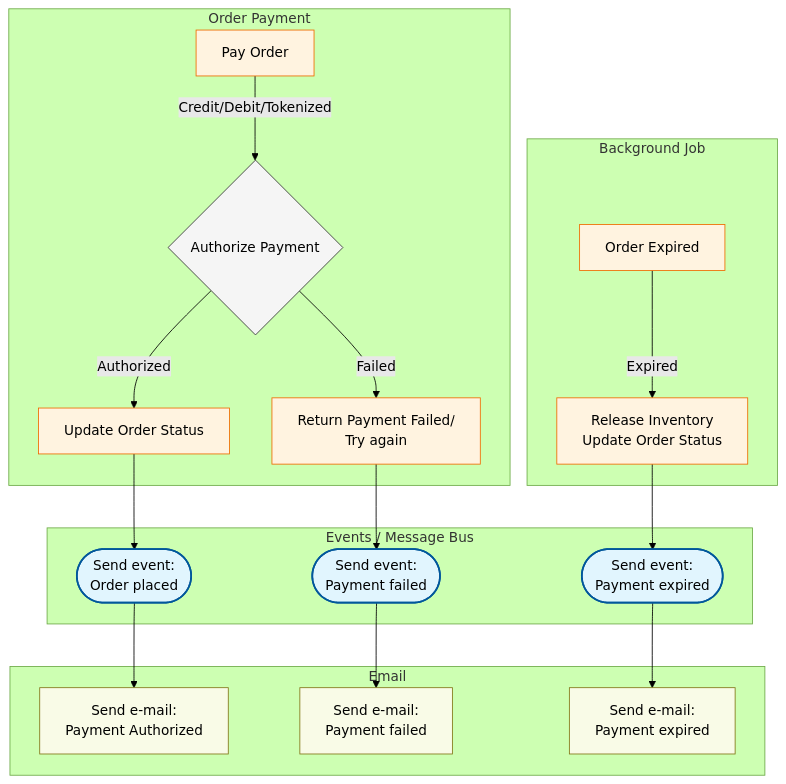
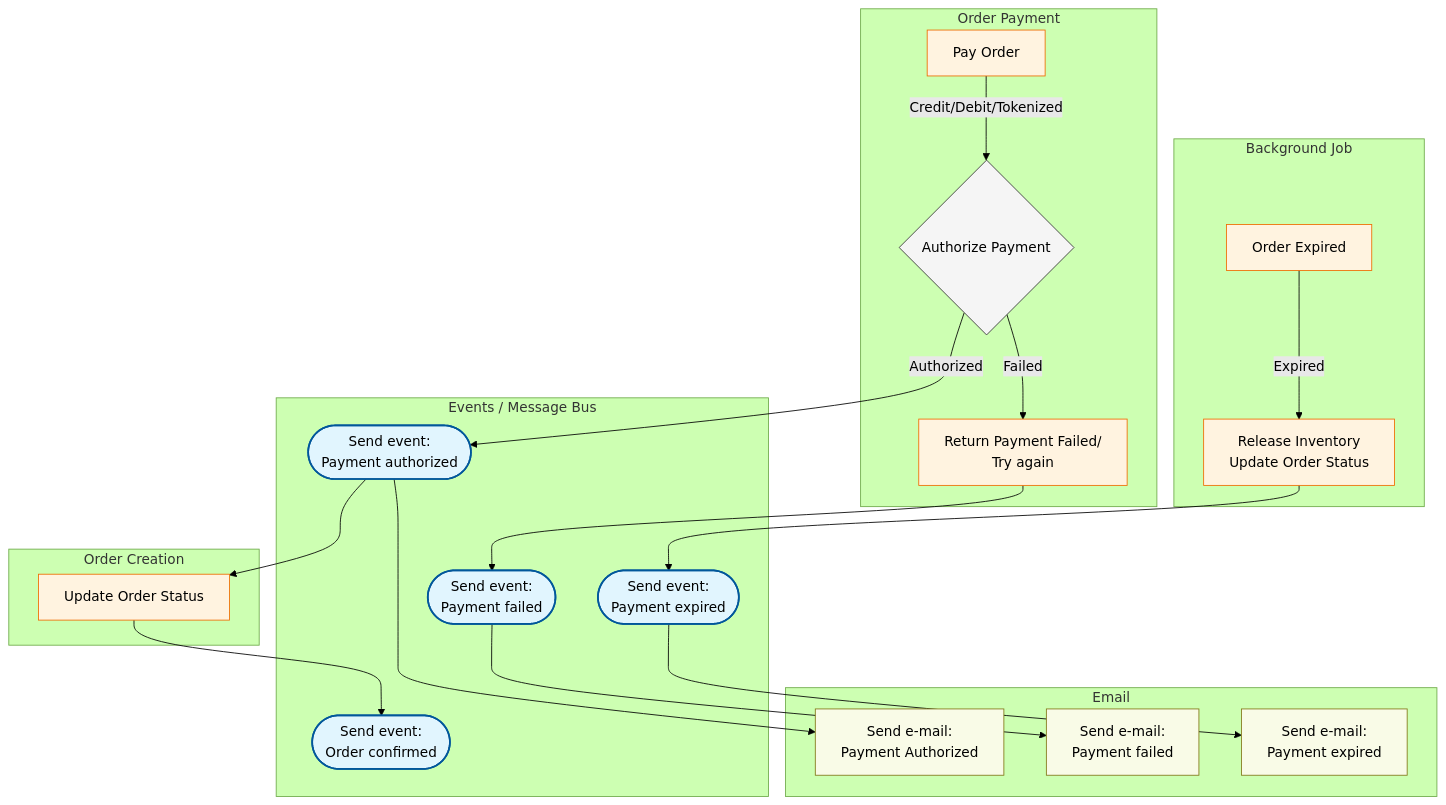
The second of 4 diagrams in README.md (RobertoFreireDev/Order-Management), drawn with Mermaid (forest theme) before and after one commit. The commit also changed other lines of this file, not shown here.

Commit message:
Order confirmed

````diff
--- a/README.md
+++ b/README.md
@@ -56,46 +61,52 @@
 ```mermaid
 flowchart TD
     %% Subgraph Styling
     classDef event fill:#e1f5fe,stroke:#01579b,stroke-width:2px;
     classDef logic fill:#f5f5f5,stroke:#333,stroke-width:1px;
     classDef order fill:#fff3e0,stroke:#ef6c00,stroke-width:1px;
     classDef note fill:#f9fbe7,stroke:#827717,stroke-width:1px;
 
     subgraph Order_Payment [Order Payment]
         A1[Pay Order] --> |"Credit/Debit/Tokenized"| E{Authorize Payment}
-        E -->|Authorized| G[Update Order Status]
         E -->|Failed| G1[Return Payment Failed/<br/>Try again]
+    end
+
+    subgraph Order_Creation [Order Creation]
+        G[Update Order Status]
     end
 
     subgraph Order_Payment_Background_Job [Background Job]
         A2[Order Expired] --> |Expired| F[Release Inventory<br/>Update Order Status]
     end
 
     subgraph Events [Events / Message Bus]
-        H([Send event:<br/>Order placed])
+        H([Send event:<br/>Payment authorized])
         H1([Send event:<br/>Payment failed])
         H2([Send event:<br/>Payment expired])
+        H3([Send event:<br/>Order confirmed])
     end
 
     subgraph Email [Email]
         I[Send e-mail: <br/>Payment Authorized]
         I1[Send e-mail: <br/>Payment failed]
         I2[Send e-mail: <br/>Payment expired]
     end
 
     %% Logic to Events
-    G --> H
     F --> H2
     G1 --> H1
     
     %% Event Distribution
+    E -->|Authorized| H
     H --> I
+    H --> G
+    G --> H3
     H1 --> I1
     H2 --> I2
 
     %% Class Assignments
-    class H,H1,H2 event;
+    class H,H1,H2,H3 event;
     class E logic;
     class A1,G,G1,A2,F order;
     class I,I1,I2 note;
 ```
````
